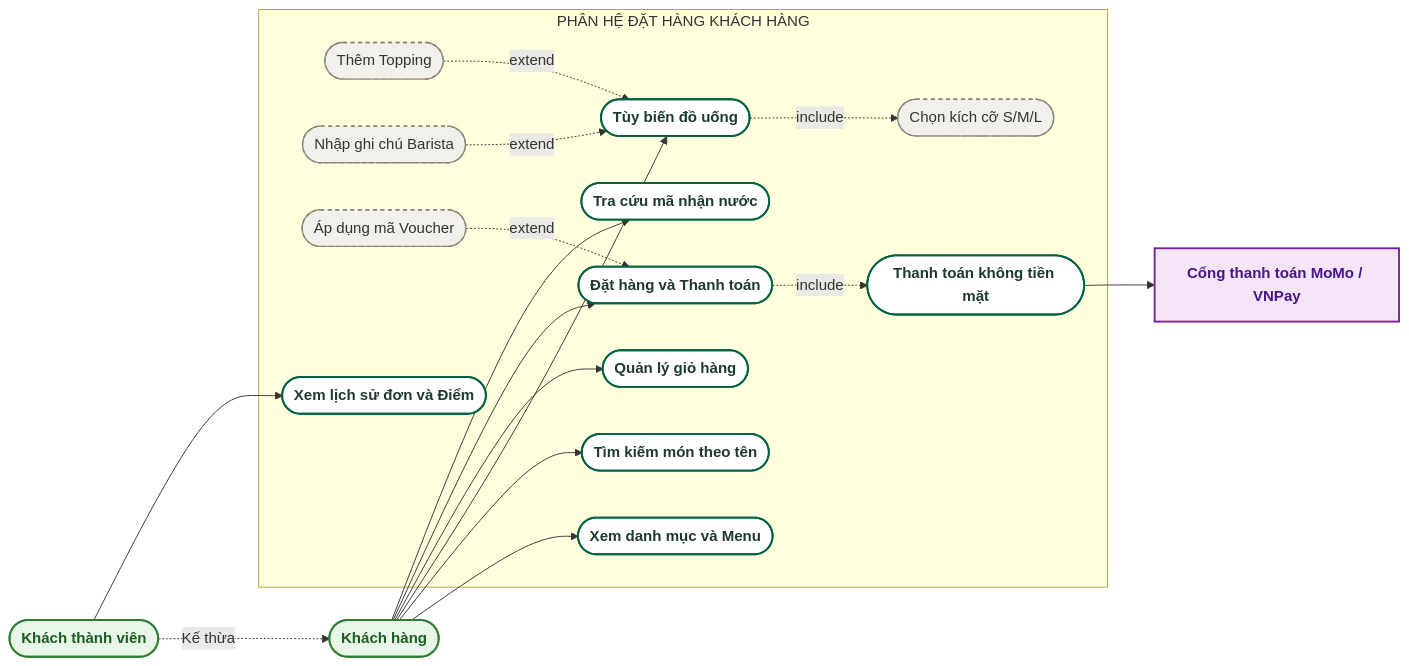
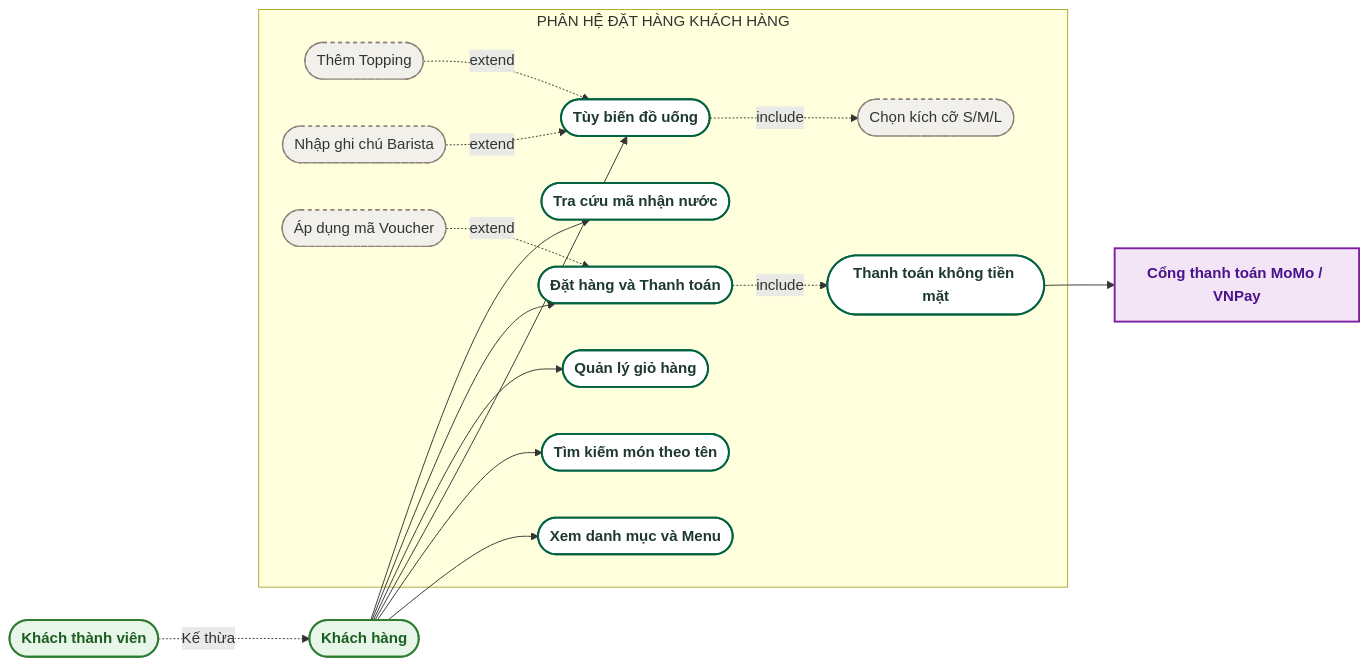
Before and after one commit to nphat-code/swe-project: the second of 5 diagrams in docs/SO_DO_USE_CASE.md, drawn with Mermaid. The commit also changed other lines of this file, not shown here.

Commit message:
docs: complete full set of 5 Use Case diagrams across all subsystems

````diff
--- a/docs/SO_DO_USE_CASE.md
+++ b/docs/SO_DO_USE_CASE.md
@@ -103,47 +108,44 @@
 ```mermaid
 flowchart LR
     Customer([Khách hàng]):::actorStyle
     Member([Khách thành viên]):::actorStyle
     PaymentGW[Cổng thanh toán MoMo / VNPay]:::systemActorStyle
 
     Member -.->|Kế thừa| Customer
 
     subgraph CustomerPortal [PHÂN HỆ ĐẶT HÀNG KHÁCH HÀNG]
         UC1([Xem danh mục và Menu]):::ucStyle
         UC2([Tìm kiếm món theo tên]):::ucStyle
         UC3([Tùy biến đồ uống]):::ucStyle
         UC3_1([Chọn kích cỡ S/M/L]):::subUcStyle
         UC3_2([Thêm Topping]):::subUcStyle
         UC3_3([Nhập ghi chú Barista]):::subUcStyle
 
         UC4([Quản lý giỏ hàng]):::ucStyle
         UC5([Đặt hàng và Thanh toán]):::ucStyle
         UC5_1([Áp dụng mã Voucher]):::subUcStyle
         UC6([Thanh toán không tiền mặt]):::ucStyle
         UC7([Tra cứu mã nhận nước]):::ucStyle
-        UC8([Xem lịch sử đơn và Điểm]):::ucStyle
     end
 
     Customer --> UC1
     Customer --> UC2
     Customer --> UC3
     Customer --> UC4
     Customer --> UC5
     Customer --> UC7
-
-    Member --> UC8
 
     UC3 -.->|include| UC3_1
     UC3_2 -.->|extend| UC3
     UC3_3 -.->|extend| UC3
 
     UC5 -.->|include| UC6
     UC5_1 -.->|extend| UC5
 
     UC6 --> PaymentGW
 
     classDef actorStyle fill:#e8f5e9,stroke:#2e7d32,stroke-width:2px,color:#1b5e20,font-weight:bold
     classDef systemActorStyle fill:#f3e5f5,stroke:#7b1fa2,stroke-width:2px,color:#4a148c,font-weight:bold
     classDef ucStyle fill:#ffffff,stroke:#006241,stroke-width:2px,color:#1e3932,font-weight:bold
     classDef subUcStyle fill:#f2f0eb,stroke:#8c827a,stroke-width:1.5px,stroke-dasharray: 4 4,color:#333
 ```
````
